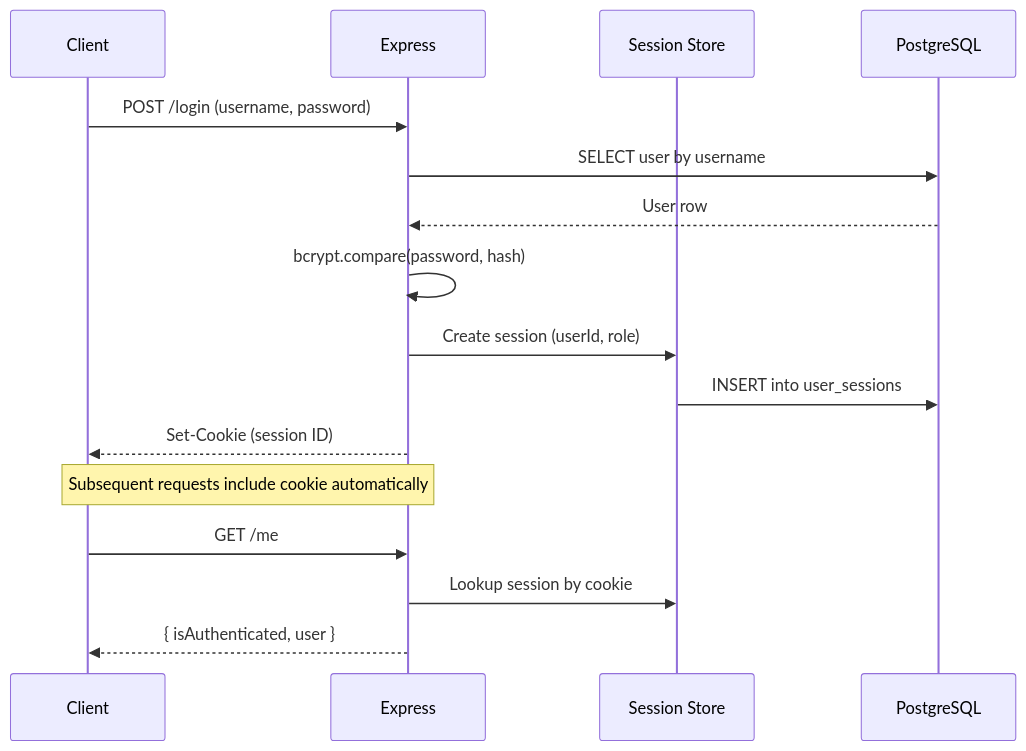
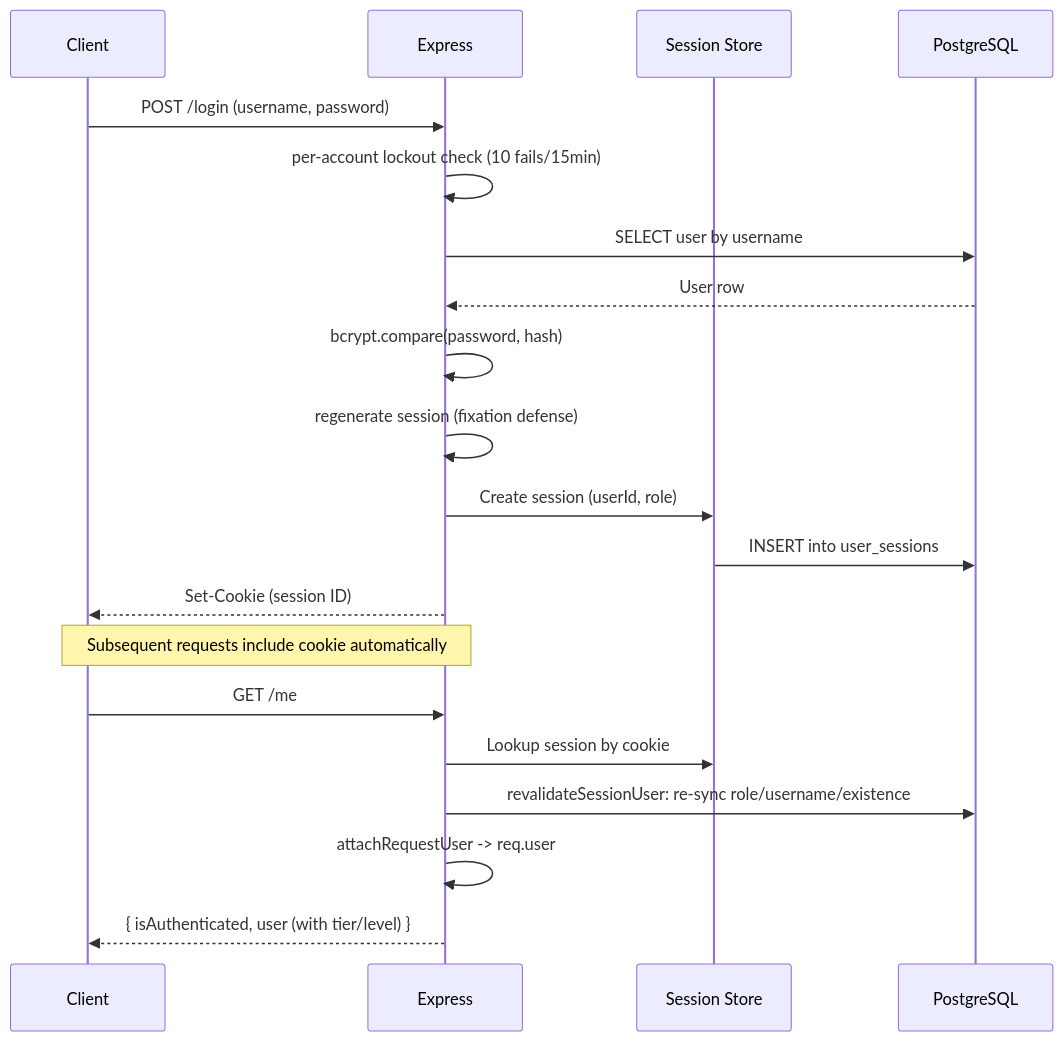
Before and after one commit to Nonbangkok/OJ: the second of 5 diagrams in .context/ARCHITECTURE.md, drawn with Mermaid. The commit also changed other lines of this file and 15 other files, not shown here.

````diff
--- a/.context/ARCHITECTURE.md
+++ b/.context/ARCHITECTURE.md
@@ -247,21 +285,25 @@
 ```mermaid
 sequenceDiagram
     participant Client
     participant Express
     participant Session Store
     participant PostgreSQL
 
     Client->>Express: POST /login (username, password)
+    Express->>Express: per-account lockout check (10 fails/15min)
     Express->>PostgreSQL: SELECT user by username
     PostgreSQL-->>Express: User row
     Express->>Express: bcrypt.compare(password, hash)
+    Express->>Express: regenerate session (fixation defense)
     Express->>Session Store: Create session (userId, role)
     Session Store->>PostgreSQL: INSERT into user_sessions
     Express-->>Client: Set-Cookie (session ID)
 
     Note over Client,Express: Subsequent requests include cookie automatically
 
     Client->>Express: GET /me
     Express->>Session Store: Lookup session by cookie
-    Express-->>Client: { isAuthenticated, user }
+    Express->>PostgreSQL: revalidateSessionUser: re-sync role/username/existence
+    Express->>Express: attachRequestUser -> req.user
+    Express-->>Client: { isAuthenticated, user (with tier/level) }
 ```
````
